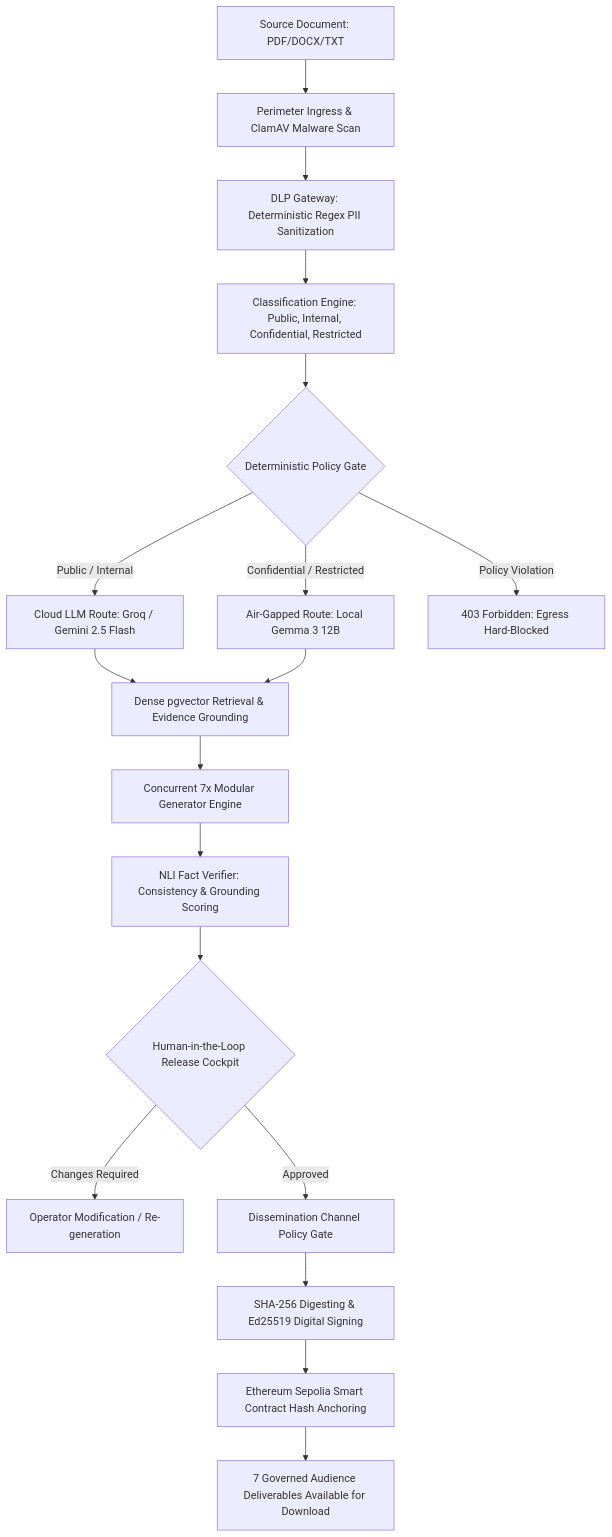
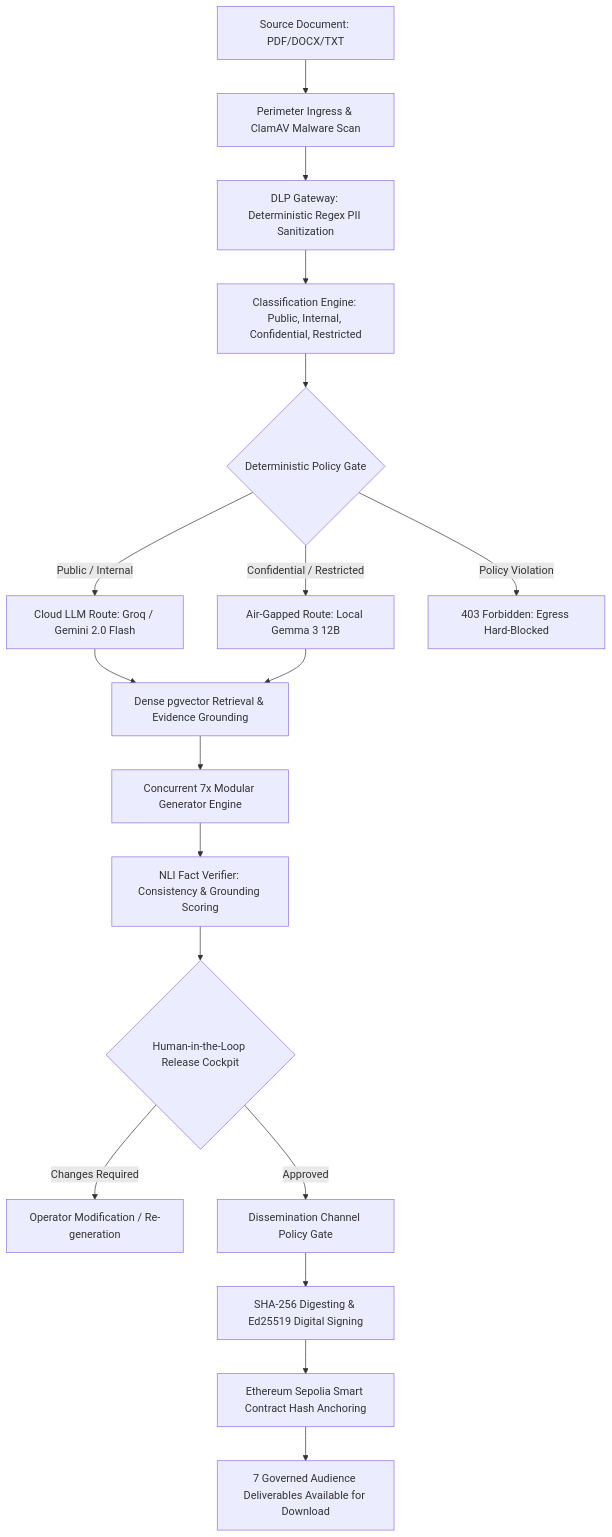
One commit to KetanGaikwadKRG/KaryaSetu changed the diagram in README.md. Above: the diagram before and after it, drawn with Mermaid. The commit also changed other lines of this file, not shown here.

Commit message:
docs: update Gemini version to 2.0 Flash to match PPT Slide 6

````diff
--- a/README.md
+++ b/README.md
@@ -100,20 +100,20 @@
 ```mermaid
 flowchart TD
     A[Source Document: PDF/DOCX/TXT] --> B[Perimeter Ingress & ClamAV Malware Scan]
     B --> C[DLP Gateway: Deterministic Regex PII Sanitization]
     C --> D[Classification Engine: Public, Internal, Confidential, Restricted]
     D --> E{Deterministic Policy Gate}
-    E -->|Public / Internal| F1[Cloud LLM Route: Groq / Gemini 2.5 Flash]
+    E -->|Public / Internal| F1[Cloud LLM Route: Groq / Gemini 2.0 Flash]
     E -->|Confidential / Restricted| F2[Air-Gapped Route: Local Gemma 3 12B]
     E -->|Policy Violation| F3[403 Forbidden: Egress Hard-Blocked]
     F1 --> G[Dense pgvector Retrieval & Evidence Grounding]
     F2 --> G
     G --> H[Concurrent 7x Modular Generator Engine]
     H --> I[NLI Fact Verifier: Consistency & Grounding Scoring]
     I --> J{Human-in-the-Loop Release Cockpit}
     J -->|Changes Required| K[Operator Modification / Re-generation]
     J -->|Approved| L[Dissemination Channel Policy Gate]
     L --> M[SHA-256 Digesting & Ed25519 Digital Signing]
     M --> N[Ethereum Sepolia Smart Contract Hash Anchoring]
     N --> O[7 Governed Audience Deliverables Available for Download]
 ```
````
